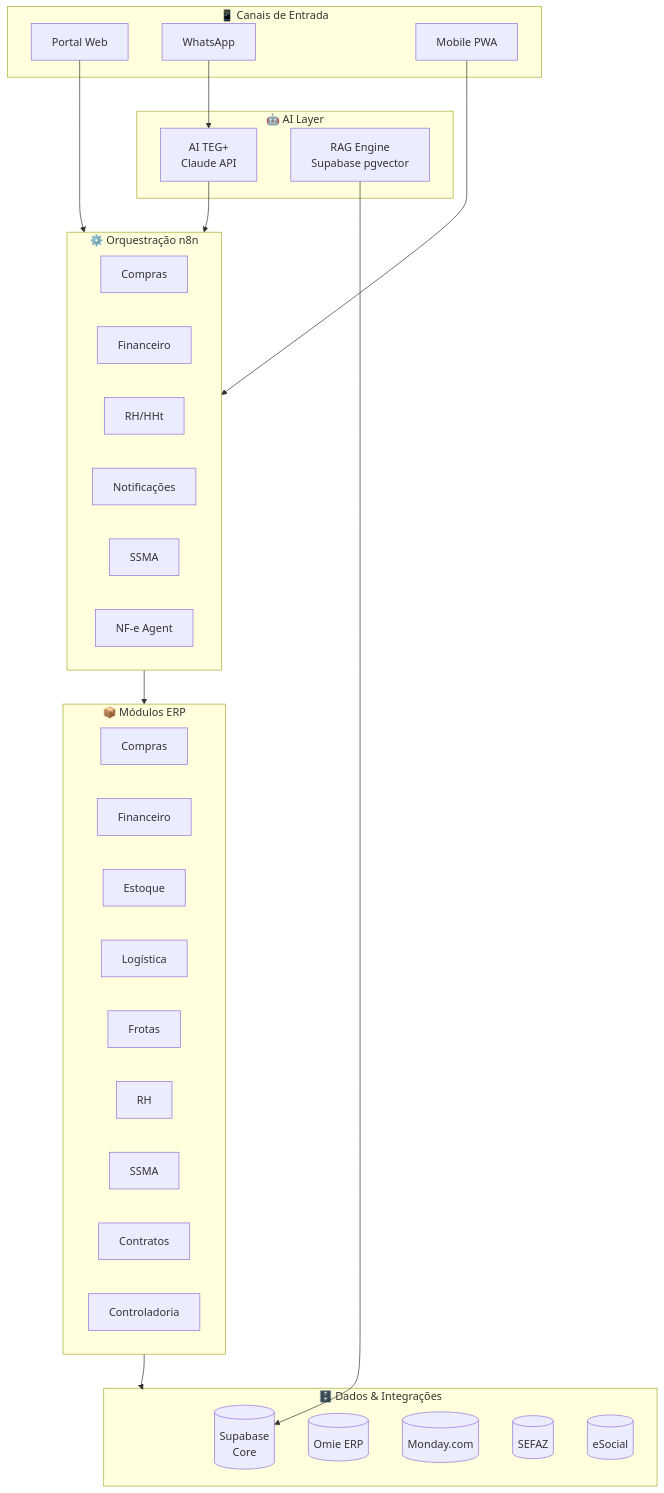
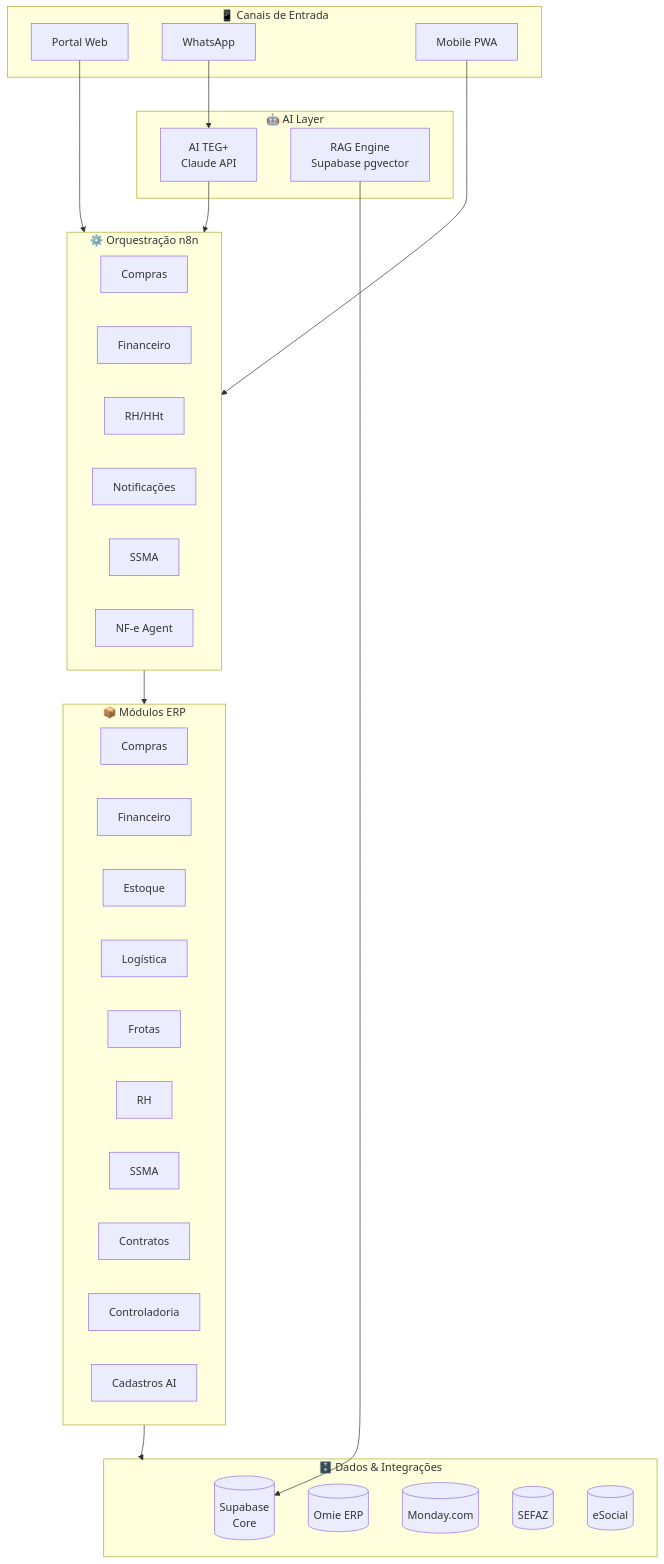
One commit to leandroteg/teg-plus changed the second of 3 diagrams in docs/obsidian/17 - Roadmap.md. Above: the diagram before and after it, drawn with Mermaid. The commit also changed other lines of this file and 7 other files, not shown here.

````diff
--- a/docs/obsidian/17 - Roadmap.md
+++ b/docs/obsidian/17 - Roadmap.md
@@ -230,50 +236,51 @@
 ```mermaid
 graph TD
     subgraph CANAIS["📱 Canais de Entrada"]
         WEB[Portal Web]
         WA[WhatsApp]
         MOB[Mobile PWA]
     end
 
     subgraph AI["🤖 AI Layer"]
         AGENT[AI TEG+<br>Claude API]
         RAG[RAG Engine<br>Supabase pgvector]
     end
 
     subgraph N8N["⚙️ Orquestração n8n"]
         COMP[Compras]
         FIN[Financeiro]
         RH_N[RH/HHt]
         NOTIF[Notificações]
         SSMA_N[SSMA]
         NFE[NF-e Agent]
     end
 
     subgraph MODULOS["📦 Módulos ERP"]
         M1[Compras]
         M2[Financeiro]
         M3[Estoque]
         M4[Logística]
         M5[Frotas]
         M6[RH]
         M7[SSMA]
         M8[Contratos]
         M9[Controladoria]
+        M10[Cadastros AI]
     end
 
     subgraph DATA["🗄️ Dados & Integrações"]
         SUPA[(Supabase<br>Core)]
         OMIE[(Omie ERP)]
         MON[(Monday.com)]
         SEFAZ[(SEFAZ)]
         ESOCIAL[(eSocial)]
     end
 
     WEB --> N8N
     WA --> AGENT
     MOB --> N8N
     AGENT --> N8N
     N8N --> MODULOS
     MODULOS --> DATA
     RAG --> SUPA
 ```
````
